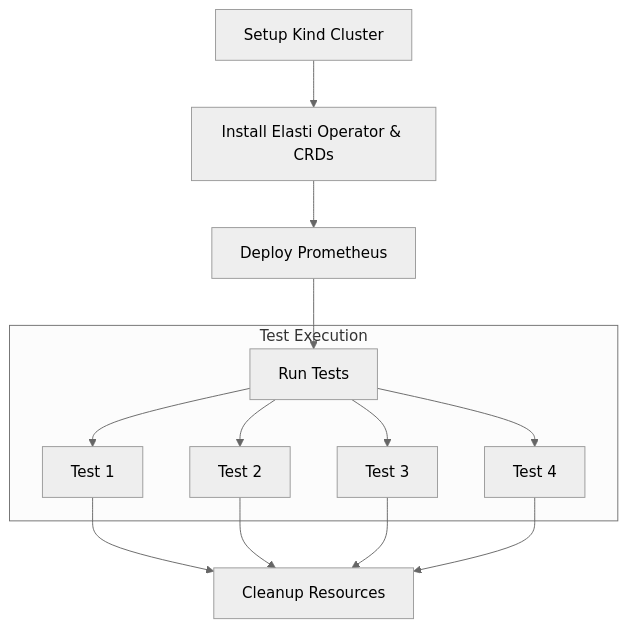
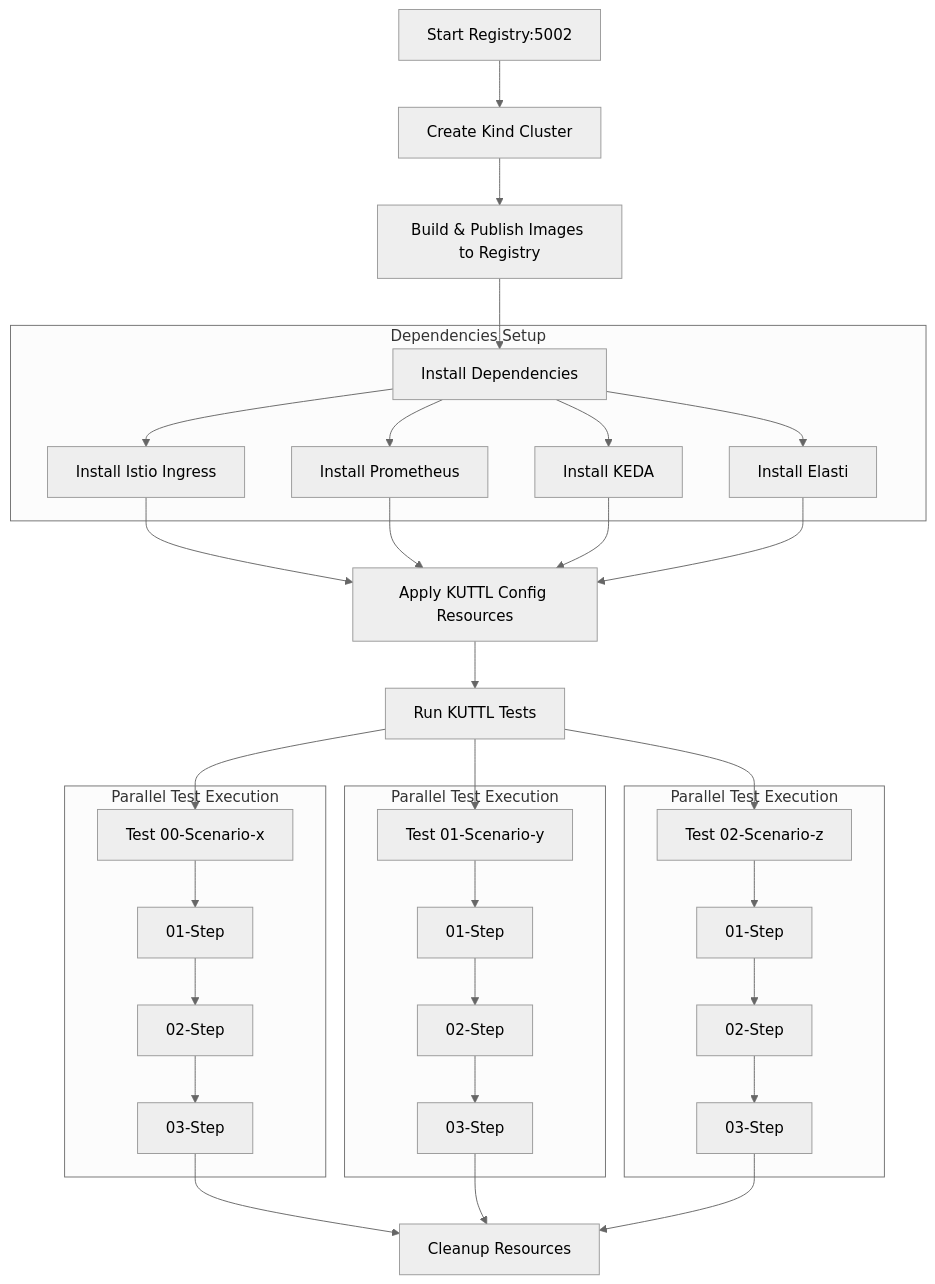
Before and after one commit to truefoundry/elasti: the first of 2 diagrams in tests/e2e/README.md, drawn with Mermaid (neutral theme). The commit also changed other lines of this file and 1 other file, not shown here.

Commit message:
e2e tests: update readme for running e2e tests, update github action to use Makefile commands

````diff
--- a/tests/e2e/README.md
+++ b/tests/e2e/README.md
@@ -56,18 +122,41 @@
 ```mermaid
 graph TD
-    A[Setup Kind Cluster] --> B[Install Elasti Operator & CRDs]
-    B --> C[Deploy Prometheus]
-    C --> D[Run Tests]
+    A[Start Registry:5002] --> B[Create Kind Cluster]
+    B --> C[Build & Publish Images to Registry]
+    C --> D[Install Dependencies]
     
-    subgraph "Test Execution"
-    D --> E1[Test 1]
-    D --> E2[Test 2]
-    D --> E3[Test 3]
-    D --> E4[Test 4]
+    subgraph "Dependencies Setup"
+    D --> D1[Install Istio Ingress]
+    D --> D2[Install Prometheus]
+    D --> D3[Install KEDA]
+    D --> D4[Install Elasti]
+    end
+    
+    D1 & D2 & D3 & D4 --> E[Apply KUTTL Config Resources]
+    E --> F[Run KUTTL Tests]
+    F --> G1[Test 00-Scenario-x]
+    F --> Ga1[Test 01-Scenario-y]
+    F --> Gb1[Test 02-Scenario-z]
+    
+    subgraph "Parallel Test Execution"
+    G1 --> G2[01-Step]
+    G2 --> G3[02-Step]
+    G3 --> G4[03-Step]
     end
 
-    E1 --> F[Cleanup Resources]
-    E2 --> F
-    E3 --> F
-    E4 --> F
+    subgraph "Parallel Test Execution"
+    Ga1 --> Ga2[01-Step]
+    Ga2 --> Ga3[02-Step]
+    Ga3 --> Ga4[03-Step]
+    end
+
+    subgraph "Parallel Test Execution"
+    Gb1 --> Gb2[01-Step]
+    Gb2 --> Gb3[02-Step]
+    Gb3 --> Gb4[03-Step]
+    end
+    
+    G4 --> H[Cleanup Resources]
+    Ga4 --> H
+    Gb4 --> H
 ```
````
